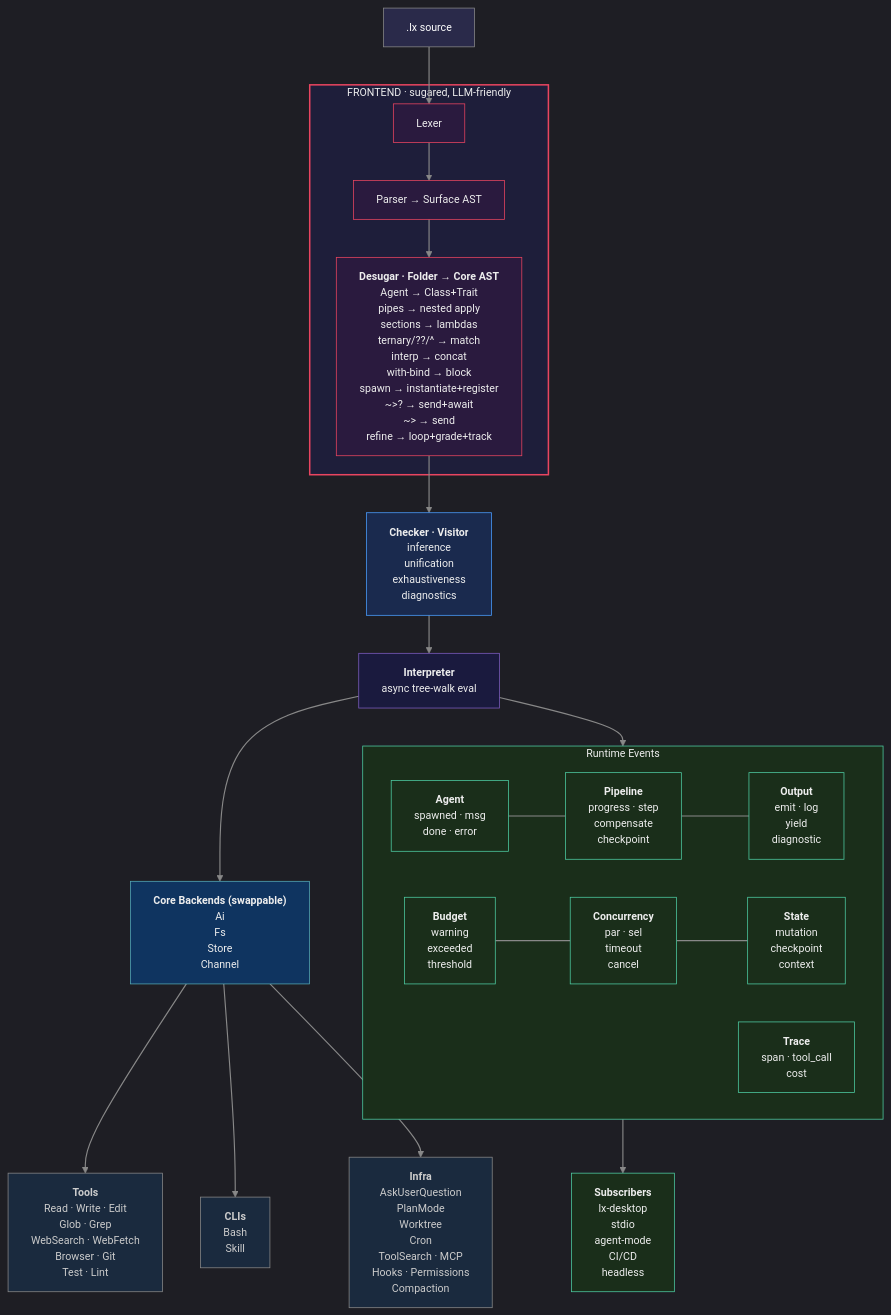
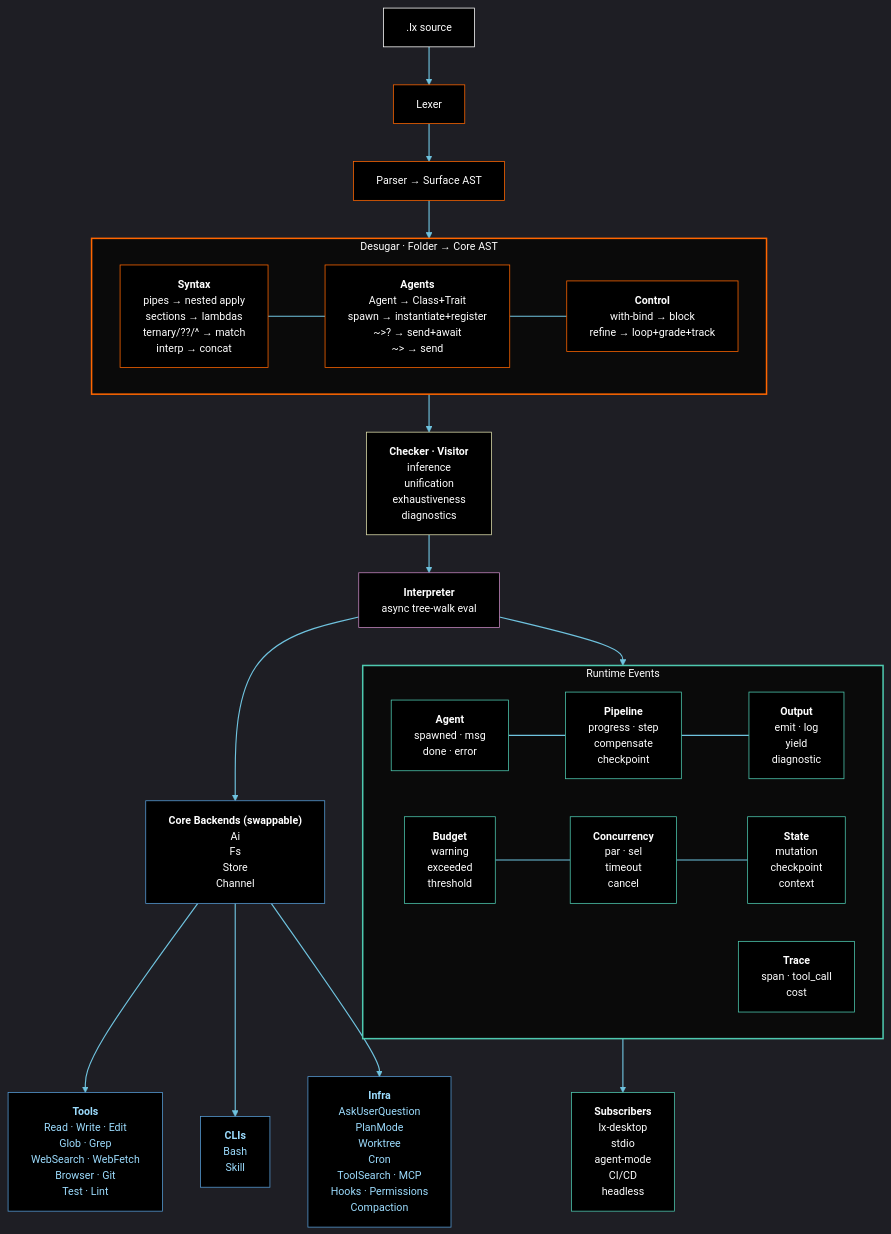
The diagram in DIAGRAM.mmd (Distortedlogic/lx), drawn with Mermaid before and after one commit. The commit also changed 15 other files, not shown here.

Commit message:
Update DIAGRAM.mmd, DIAGRAM.png, status_bar.rs, and 13 more files

```diff
--- a/DIAGRAM.mmd
+++ b/DIAGRAM.mmd
@@ -1,119 +1,122 @@
-%%{init: {'theme': 'dark', 'themeVariables': {'primaryColor': '#2a2a4a', 'primaryTextColor': '#e0e0e0', 'primaryBorderColor': '#555', 'lineColor': '#888', 'fontSize': '14px', 'fontFamily': 'monospace'}}}%%
+%%{init: {'theme': 'dark', 'themeVariables': {'primaryColor': '#000000', 'primaryTextColor': '#ffffff', 'primaryBorderColor': '#6fc3df', 'lineColor': '#6fc3df', 'fontSize': '14px', 'fontFamily': 'monospace'}}}%%
 
 graph TD
     source[".lx source"]
+    source --> lexer["Lexer"]
+    lexer --> parser["Parser → Surface AST"]
+    parser --> desugars
 
-    subgraph FRONTEND ["FRONTEND · sugared, LLM-friendly"]
-        lexer["Lexer"] --> parser["Parser → Surface AST"]
-        parser --> desugar["`**Desugar · Folder → Core AST**
-Agent → Class+Trait
+    subgraph desugars ["Desugar · Folder → Core AST"]
+        direction LR
+        ds_syntax["`**Syntax**
 pipes → nested apply
 sections → lambdas
 ternary/??/^ → match
-interp → concat
-with-bind → block
+interp → concat`"]
+        ds_agents["`**Agents**
+Agent → Class+Trait
 spawn → instantiate+register
 ~>? → send+await
-~> → send
+~> → send`"]
+        ds_control["`**Control**
+with-bind → block
 refine → loop+grade+track`"]
+        ds_syntax ~~~ ds_agents ~~~ ds_control
     end
 
-    source --> lexer
-    desugar --> checker["`**Checker · Visitor**
+    desugars --> checker["`**Checker · Visitor**
 inference
 unification
 exhaustiveness
 diagnostics`"]
     checker --> interpreter["`**Interpreter**
 async tree-walk eval`"]
 
     interpreter --> backends["`**Core Backends (swappable)**
 Ai
 Fs
 Store
 Channel`"]
-
     interpreter --> events
 
     subgraph events ["Runtime Events"]
         direction LR
         evt_agent["`**Agent**
 spawned · msg
 done · error`"]
         evt_pipeline["`**Pipeline**
 progress · step
 compensate
 checkpoint`"]
         evt_output["`**Output**
 emit · log
 yield
 diagnostic`"]
-
         evt_budget["`**Budget**
 warning
 exceeded
 threshold`"]
         evt_concurrency["`**Concurrency**
 par · sel
 timeout
 cancel`"]
         evt_state["`**State**
 mutation
 checkpoint
 context`"]
-
         evt_trace["`**Trace**
 span · tool_call
 cost`"]
-
         evt_agent ~~~ evt_pipeline ~~~ evt_output
         evt_budget ~~~ evt_concurrency ~~~ evt_state
     end
 
     backends --> tools["`**Tools**
 Read · Write · Edit
 Glob · Grep
 WebSearch · WebFetch
 Browser · Git
 Test · Lint`"]
     backends --> clis["`**CLIs**
 Bash
 Skill`"]
     backends --> infra["`**Infra**
 AskUserQuestion
 PlanMode
 Worktree
 Cron
 ToolSearch · MCP
 Hooks · Permissions
 Compaction`"]
 
     events --> subs["`**Subscribers**
 lx-desktop
 stdio
 agent-mode
 CI/CD
 headless`"]
 
-    style FRONTEND fill:#1e1e3a,stroke:#e94560,color:#eee,stroke-width:2px
-    style source fill:#2a2a4a,stroke:#888,color:#fff
-    style lexer fill:#2a1a3e,stroke:#e94560,color:#eee
-    style parser fill:#2a1a3e,stroke:#e94560,color:#eee
-    style desugar fill:#2a1a3e,stroke:#e94560,color:#eee
-    style checker fill:#1a2a4e,stroke:#4a9eff,color:#eee
-    style interpreter fill:#1a1a3e,stroke:#7c5cbf,color:#eee
-    style backends fill:#0f3460,stroke:#53a8b6,color:#eee
-    style tools fill:#1a2a3e,stroke:#888,color:#ccc
-    style clis fill:#1a2a3e,stroke:#888,color:#ccc
-    style infra fill:#1a2a3e,stroke:#888,color:#ccc
-    style events fill:#1a2e1a,stroke:#4ecca3,color:#eee
-    style evt_agent fill:#1a2e1a,stroke:#4ecca3,color:#eee
-    style evt_pipeline fill:#1a2e1a,stroke:#4ecca3,color:#eee
-    style evt_output fill:#1a2e1a,stroke:#4ecca3,color:#eee
-    style evt_budget fill:#1a2e1a,stroke:#4ecca3,color:#eee
-    style evt_concurrency fill:#1a2e1a,stroke:#4ecca3,color:#eee
-    style evt_state fill:#1a2e1a,stroke:#4ecca3,color:#eee
-    style evt_trace fill:#1a2e1a,stroke:#4ecca3,color:#eee
-    style subs fill:#1a2e1a,stroke:#4ecca3,color:#eee
+    style source fill:#000,stroke:#fff,color:#fff
+    style lexer fill:#000,stroke:#ff6600,color:#fff
+    style parser fill:#000,stroke:#ff6600,color:#fff
+    style desugars fill:#0a0a0a,stroke:#ff6600,color:#fff,stroke-width:2px
+    style ds_syntax fill:#000,stroke:#ff6600,color:#fff
+    style ds_agents fill:#000,stroke:#ff6600,color:#fff
+    style ds_control fill:#000,stroke:#ff6600,color:#fff
+    style checker fill:#000,stroke:#dcdcaa,color:#fff
+    style interpreter fill:#000,stroke:#c586c0,color:#fff
+    style backends fill:#000,stroke:#569cd6,color:#fff
+    style tools fill:#000,stroke:#569cd6,color:#9cdcfe
+    style clis fill:#000,stroke:#569cd6,color:#9cdcfe
+    style infra fill:#000,stroke:#569cd6,color:#9cdcfe
+    style events fill:#0a0a0a,stroke:#4ec9b0,color:#fff,stroke-width:2px
+    style evt_agent fill:#000,stroke:#4ec9b0,color:#fff
+    style evt_pipeline fill:#000,stroke:#4ec9b0,color:#fff
+    style evt_output fill:#000,stroke:#4ec9b0,color:#fff
+    style evt_budget fill:#000,stroke:#4ec9b0,color:#fff
+    style evt_concurrency fill:#000,stroke:#4ec9b0,color:#fff
+    style evt_state fill:#000,stroke:#4ec9b0,color:#fff
+    style evt_trace fill:#000,stroke:#4ec9b0,color:#fff
+    style subs fill:#000,stroke:#4ec9b0,color:#fff
 
-    linkStyle default stroke:#888,stroke-width:1.5px
+    linkStyle default stroke:#6fc3df,stroke-width:1.5px
```
